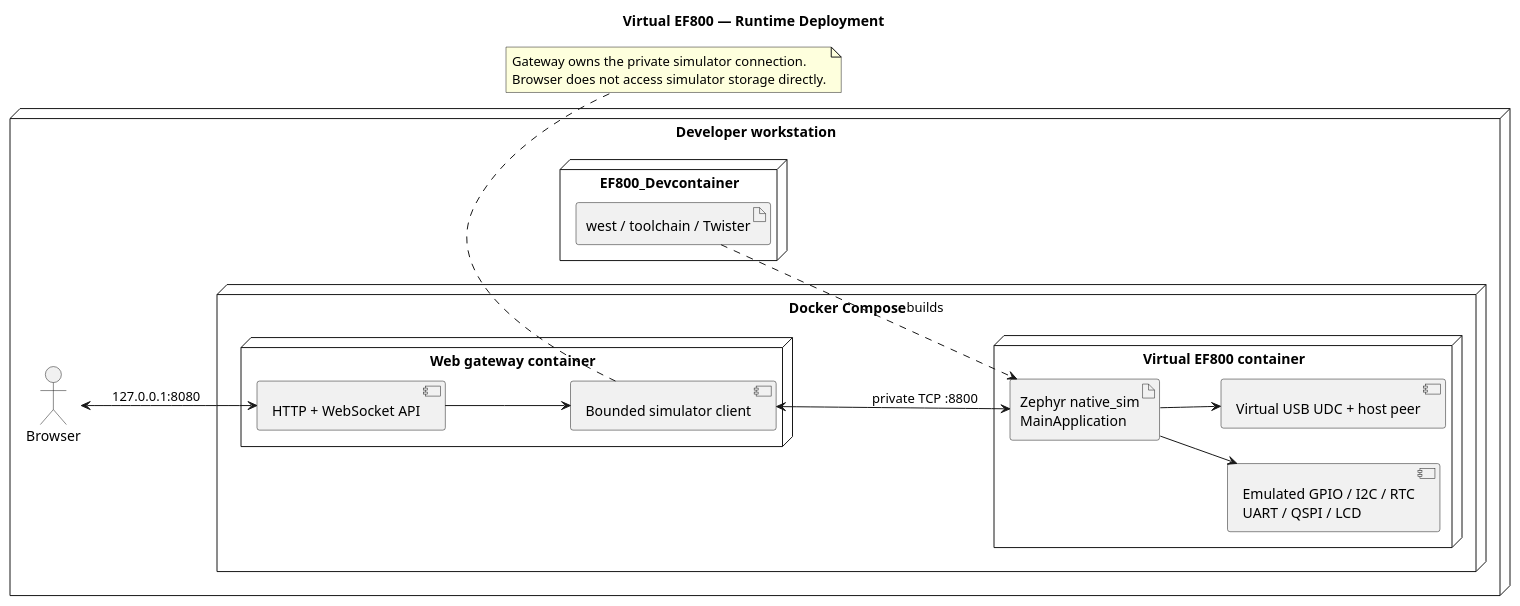
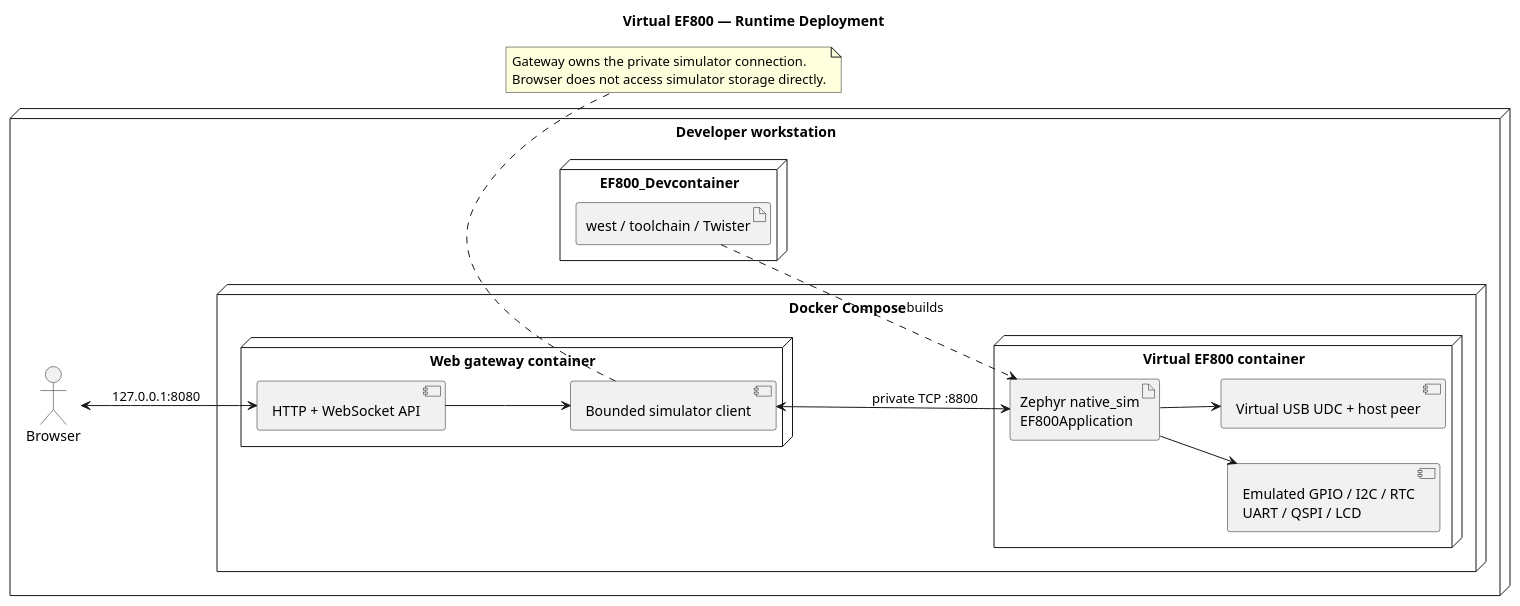
Before and after one commit to jaster-prj/EF800-Zephyr: the diagram in architecture/diagram_as_code/07_deployment_view/virtual_ef800.puml, drawn with PlantUML. The commit also changed 386 other files, not shown here.

```diff
--- a/architecture/diagram_as_code/07_deployment_view/virtual_ef800.puml
+++ b/architecture/diagram_as_code/07_deployment_view/virtual_ef800.puml
@@ -1,33 +1,33 @@
 @startuml virtual_ef800
 title Virtual EF800 — Runtime Deployment
 left to right direction
 
 node "Developer workstation" {
   actor Browser
   node "Docker Compose" {
     node "Virtual EF800 container" as sim {
-      artifact "Zephyr native_sim\nMainApplication" as firmware
+      artifact "Zephyr native_sim\nEF800Application" as firmware
       component "Emulated GPIO / I2C / RTC\nUART / QSPI / LCD" as emulators
       component "Virtual USB UDC + host peer" as usb
     }
     node "Web gateway container" as web {
       component "HTTP + WebSocket API" as api
       component "Bounded simulator client" as client
     }
   }
   node "EF800_Devcontainer" as dev {
     artifact "west / toolchain / Twister" as tools
   }
 }
 
 Browser <--> api : 127.0.0.1:8080
 api --> client
 client <--> firmware : private TCP :8800
 firmware --> emulators
 firmware --> usb
 tools ..> firmware : builds
 note bottom of client
   Gateway owns the private simulator connection.
   Browser does not access simulator storage directly.
 end note
 @enduml
```
